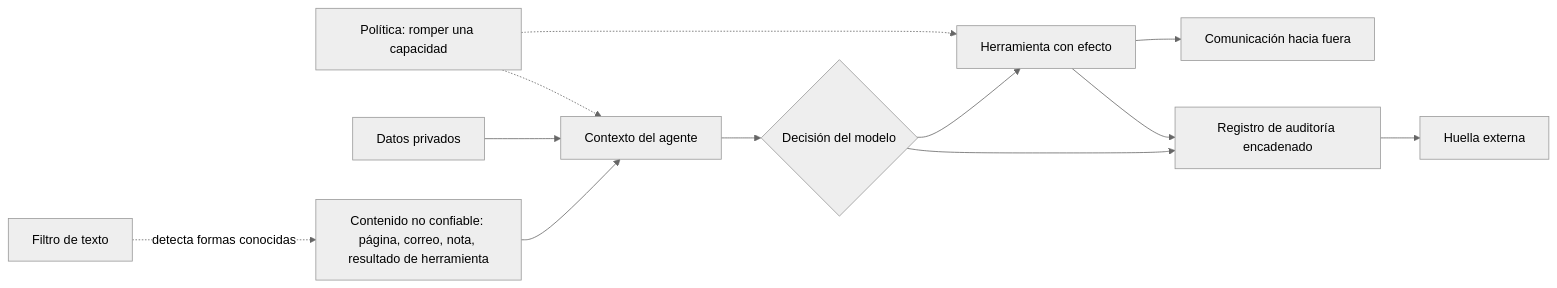
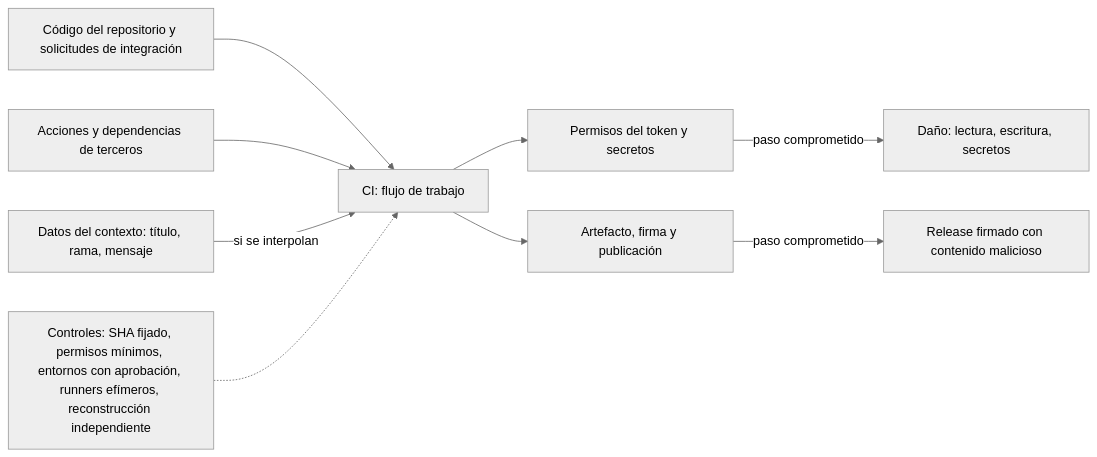
The diagram in content/part-39/SE-478.md (vladimiracunadev-create/modern-software-engineering-program), drawn with Mermaid (neutral theme) before and after one commit. The commit also changed other lines of this file and 5193 other files, not shown here.

````diff
--- a/content/part-39/SE-478.md
+++ b/content/part-39/SE-478.md
@@ -57,14 +59,11 @@
 ```mermaid
 flowchart LR
-    A[Contenido no confiable: página, correo, nota, resultado de herramienta] --> B[Contexto del agente]
-    C[Datos privados] --> B
-    B --> D{Decisión del modelo}
-    D --> E[Herramienta con efecto]
-    E --> F[Comunicación hacia fuera]
-    G[Filtro de texto] -.->|detecta formas conocidas| A
-    H[Política: romper una capacidad] -.-> B
-    H -.-> E
-    D --> I[Registro de auditoría encadenado]
-    E --> I
-    I --> J[Huella externa]
+    A[Código del repositorio y solicitudes de integración] --> B[CI: flujo de trabajo]
+    C[Acciones y dependencias de terceros] --> B
+    D[Datos del contexto: título, rama, mensaje] -->|si se interpolan| B
+    B --> E[Permisos del token y secretos]
+    B --> F[Artefacto, firma y publicación]
+    E -->|paso comprometido| G[Daño: lectura, escritura, secretos]
+    F -->|paso comprometido| H[Release firmado con contenido malicioso]
+    I[Controles: SHA fijado, permisos mínimos, entornos con aprobación, runners efímeros, reconstrucción independiente] -.-> B
 ```
````
